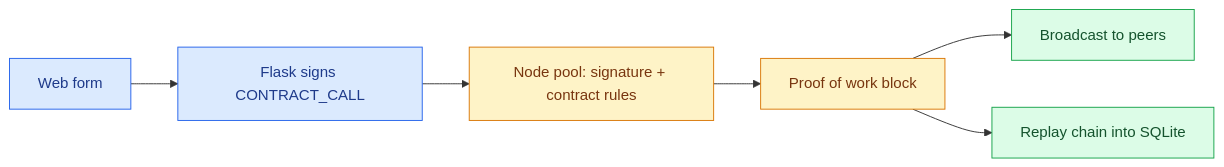
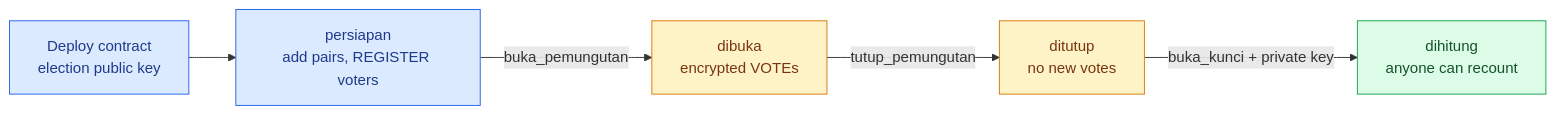
The diagram in README.md (DrBham/Blockchain-Voting-Presma), drawn with Mermaid before and after one commit. The commit also changed other lines of this file and 23 other files, not shown here.

````diff
--- a/README.md
+++ b/README.md
@@ -194,14 +337,13 @@
 ```mermaid
 flowchart LR
-    A[Web form] --> B[Flask signs CONTRACT_CALL]
-    B --> C[Node pool: signature + contract rules]
-    C --> D[Proof of work block]
-    D --> E[Broadcast to peers]
-    D --> F[Replay chain into SQLite]
+    A[Deploy contract<br/>election public key] --> B[persiapan<br/>add pairs, REGISTER voters]
+    B -->|buka_pemungutan| C[dibuka<br/>encrypted VOTEs]
+    C -->|tutup_pemungutan| D[ditutup<br/>no new votes]
+    D -->|buka_kunci + private key| E[dihitung<br/>anyone can recount]
     classDef input fill:#DBEAFE,stroke:#2563EB,color:#1E3A8A
     classDef process fill:#FEF3C7,stroke:#D97706,color:#78350F
     classDef output fill:#DCFCE7,stroke:#16A34A,color:#14532D
     class A,B input
     class C,D process
-    class E,F output
+    class E output
 ```
````
